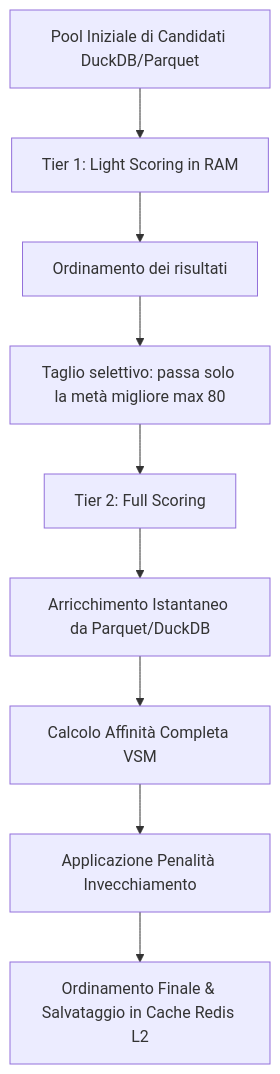
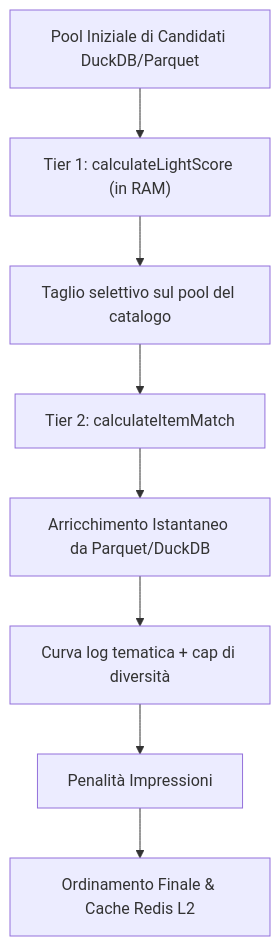
One commit to gabrielefuoco/YACA changed the diagram in docs/ALGORITHMS.md. Above: the diagram before and after it, drawn with Mermaid. The commit also changed other lines of this file, not shown here.

First line of the commit message:
docs(algorithms): allinea lo scoring ai contratti chiusi dalla simulazione

````diff
--- a/docs/ALGORITHMS.md
+++ b/docs/ALGORITHMS.md
@@ -45,11 +62,10 @@
 ```mermaid
 graph TD
-    A[Pool Iniziale di Candidati DuckDB/Parquet] --> B[Tier 1: Light Scoring in RAM]
-    B --> C[Ordinamento dei risultati]
-    C --> D[Taglio selettivo: passa solo la metà migliore max 80]
-    D --> E[Tier 2: Full Scoring]
-    E --> F[Arricchimento Istantaneo da Parquet/DuckDB]
-    F --> G[Calcolo Affinità Completa VSM]
-    G --> H[Applicazione Penalità Invecchiamento]
-    H --> I[Ordinamento Finale & Salvataggio in Cache Redis L2]
+    A[Pool Iniziale di Candidati DuckDB/Parquet] --> B["Tier 1: calculateLightScore (in RAM)"]
+    B --> C[Taglio selettivo sul pool del catalogo]
+    C --> D["Tier 2: calculateItemMatch"]
+    D --> E[Arricchimento Istantaneo da Parquet/DuckDB]
+    E --> F[Curva log tematica + cap di diversità]
+    F --> G[Penalità Impressioni]
+    G --> H[Ordinamento Finale & Cache Redis L2]
 ```
````
